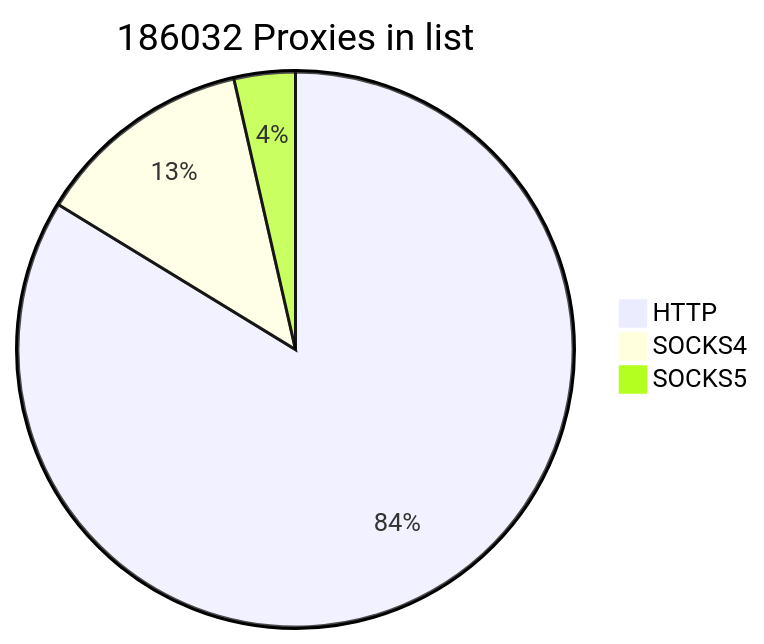
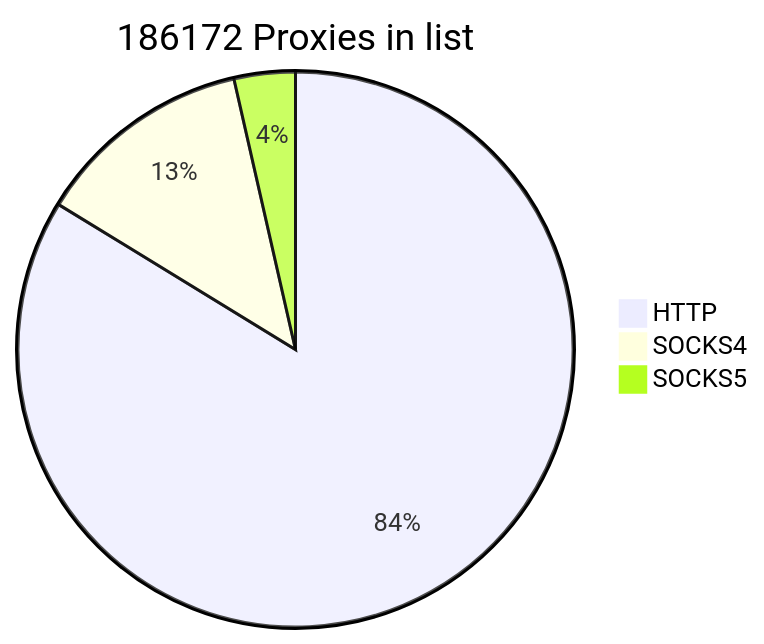
Before and after one commit to cutipu/proxylist: the first of 2 diagrams in README.md, drawn with Mermaid. The commit also changed other lines of this file, not shown here.

````diff
--- a/README.md
+++ b/README.md
@@ -2,7 +2,7 @@
 ```mermaid
-pie title 186032 Proxies in list
-    "HTTP" : 155762
+pie title 186172 Proxies in list
+    "HTTP" : 155902
     "SOCKS4" : 23640
     "SOCKS5" : 6630
             
 ```
````
